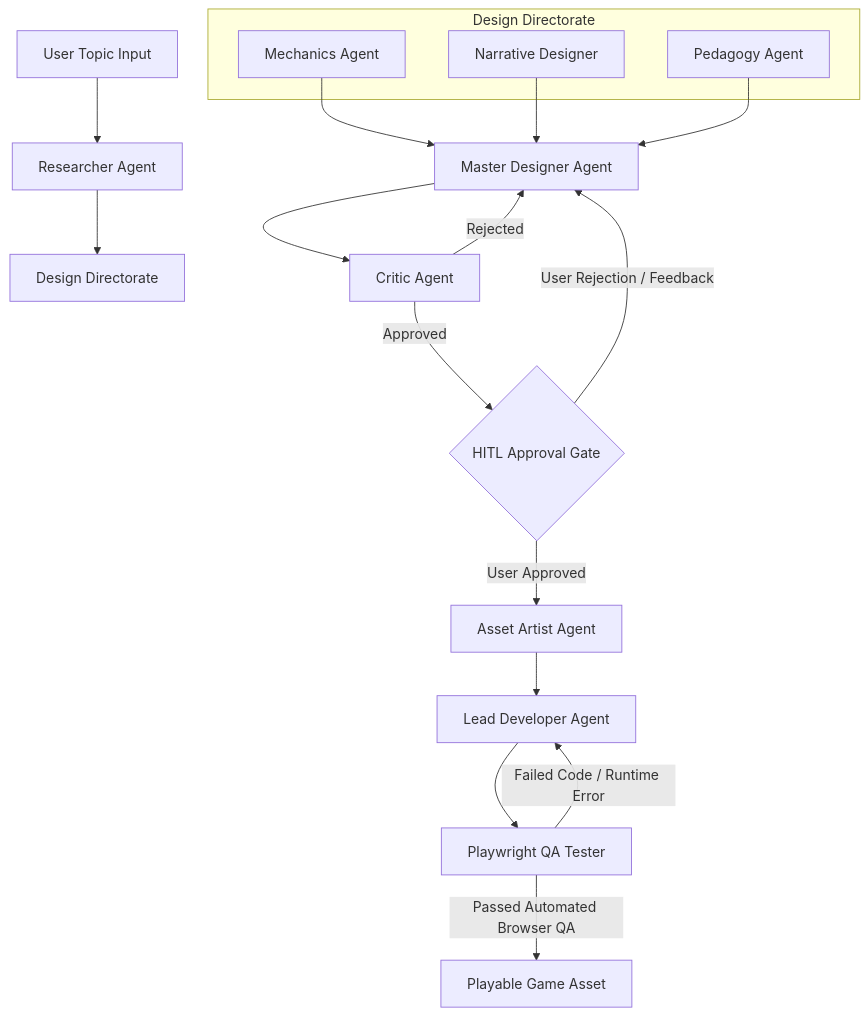
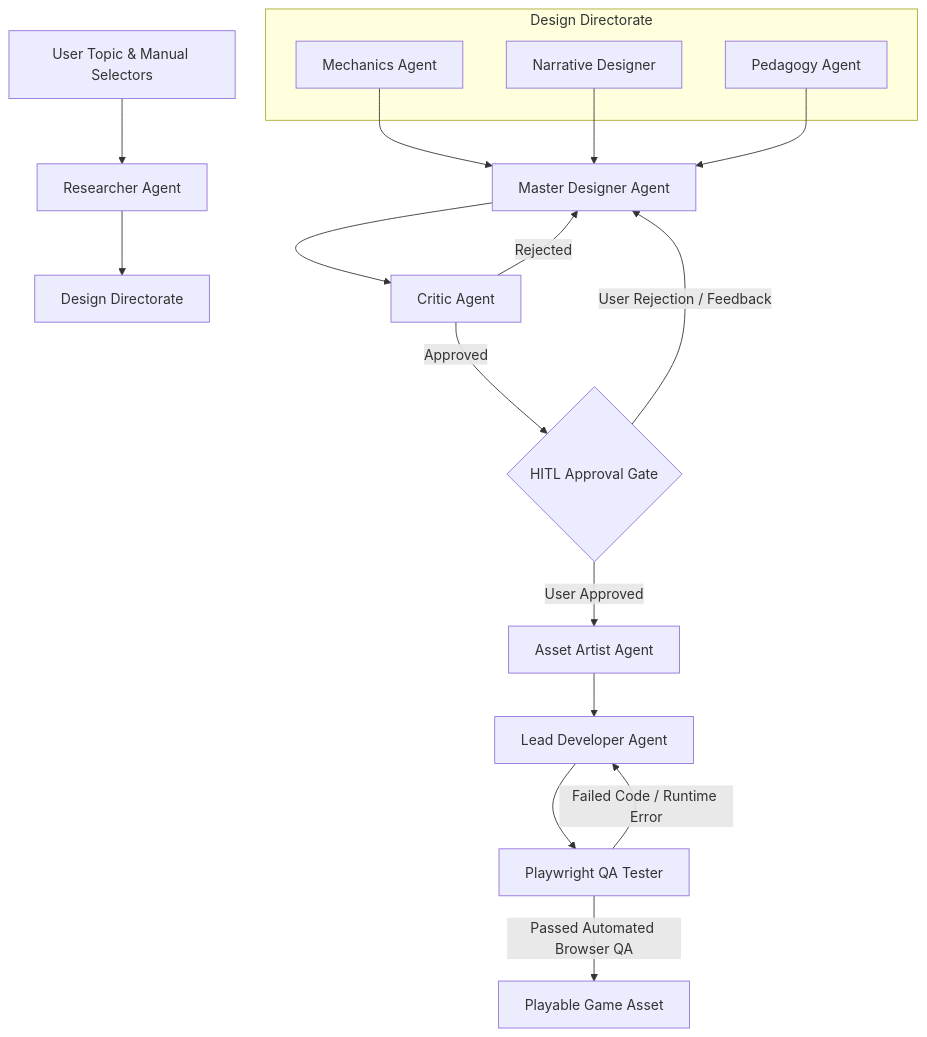
Before and after one commit to Shivam-Brahmkshatriya/AI-Educational-Game-Generator: the diagram in README.md, drawn with Mermaid. The commit also changed other lines of this file, not shown here.

Commit message:
docs: update README.md with 13 genre engines, WebAudio SFX, manual overrides, and HITL workflow

````diff
--- a/README.md
+++ b/README.md
@@ -26,28 +30,28 @@
 ```mermaid
 flowchart TD
-    A[User Topic Input] --> B[Researcher Agent]
+    A[User Topic & Manual Selectors] --> B[Researcher Agent]
     B --> C[Design Directorate]
     
     subgraph Design Directorate [Design Directorate]
         C1[Mechanics Agent]
         C2[Narrative Designer]
         C3[Pedagogy Agent]
     end
 
     C1 --> D[Master Designer Agent]
     C2 --> D
     C3 --> D
 
     D --> E[Critic Agent]
     E -- Rejected --> D
     E -- Approved --> F{HITL Approval Gate}
     
     F -- User Rejection / Feedback --> D
     F -- User Approved --> G[Asset Artist Agent]
     
     G --> H[Lead Developer Agent]
     H --> I[Playwright QA Tester]
     
     I -- Failed Code / Runtime Error --> H
     I -- Passed Automated Browser QA --> J[Playable Game Asset]
 ```
````
